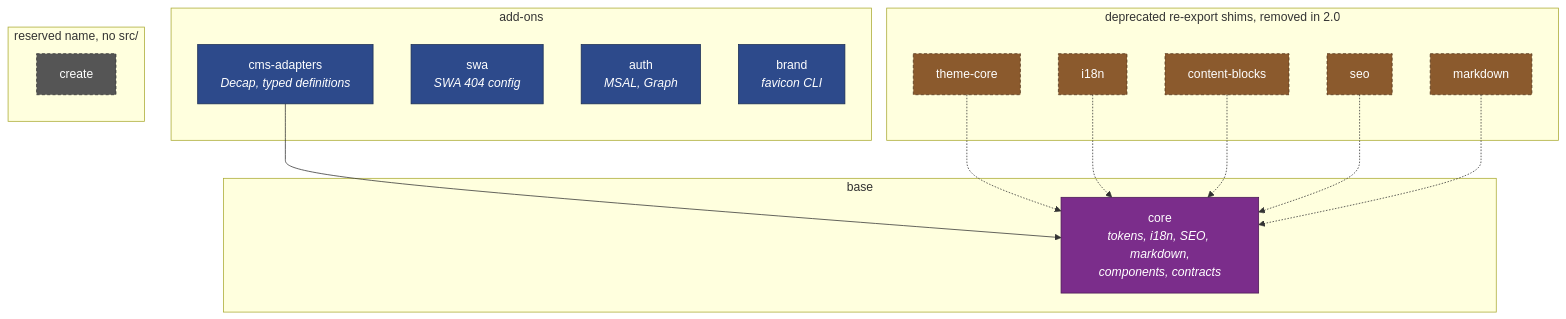
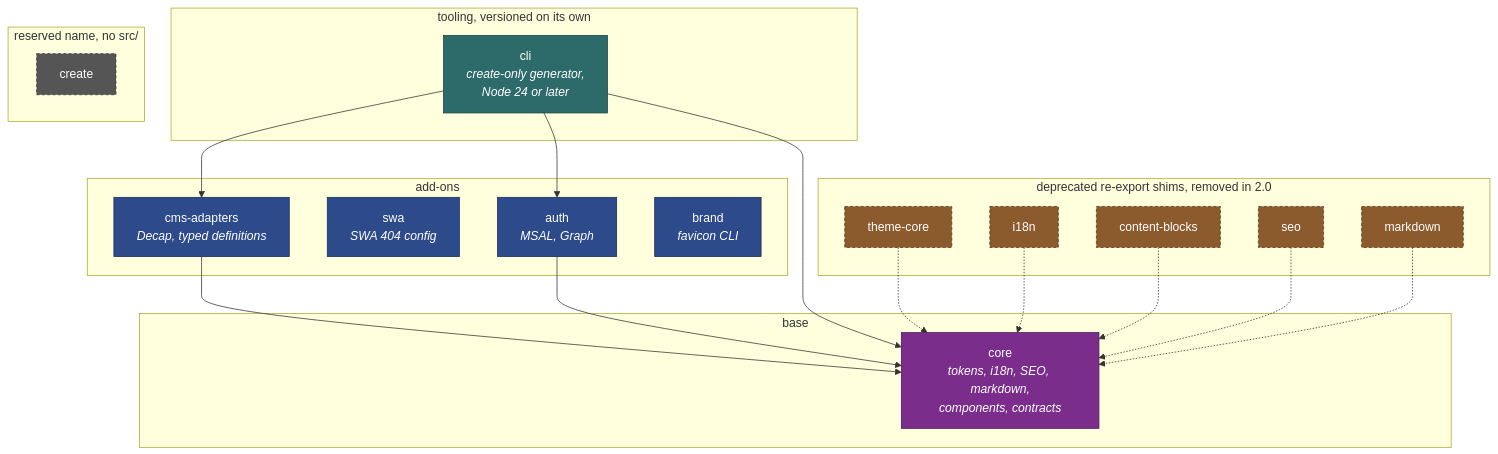
One commit to achimismaili/easy-web changed the first of 4 diagrams in docs/architecture.md. Above: the diagram before and after it, drawn with Mermaid. The commit also changed other lines of this file and 19 other files, not shown here.

````diff
--- a/docs/architecture.md
+++ b/docs/architecture.md
@@ -16,41 +16,51 @@
 ```mermaid
 graph TD
   subgraph base["base"]
     core["core<br/><i>tokens, i18n, SEO, markdown,<br/>components, contracts</i>"]
   end
 
   subgraph addons["add-ons"]
     cms["cms-adapters<br/><i>Decap, typed definitions</i>"]
     swa["swa<br/><i>SWA 404 config</i>"]
     auth["auth<br/><i>MSAL, Graph</i>"]
     brand["brand<br/><i>favicon CLI</i>"]
+  end
+
+  subgraph tooling["tooling, versioned on its own"]
+    cli["cli<br/><i>create-only generator,<br/>Node 24 or later</i>"]
   end
 
   subgraph shims["deprecated re-export shims, removed in 2.0"]
     theme["theme-core"]
     i18n["i18n"]
     blocks["content-blocks"]
     seo["seo"]
     md["markdown"]
   end
 
   subgraph stubs["reserved name, no src/"]
     create["create"]
   end
 
   cms --> core
+  auth --> core
+  cli --> core
+  cli --> cms
+  cli --> auth
   theme -.-> core
   i18n -.-> core
   blocks -.-> core
   seo -.-> core
   md -.-> core
 
   classDef prim fill:#7b2d8b,color:#fff,stroke:#4a1a54
   classDef ship fill:#2d4a8b,color:#fff,stroke:#1a2d54
+  classDef tool fill:#2d6a6a,color:#fff,stroke:#1a4040
   classDef shim fill:#8b5a2d,color:#fff,stroke:#54341a,stroke-dasharray:4 3
   classDef stub fill:#555,color:#fff,stroke:#333,stroke-dasharray:4 3
   class core prim
   class cms,swa,auth,brand ship
+  class cli tool
   class theme,i18n,blocks,seo,md shim
   class create stub
 ```
````
